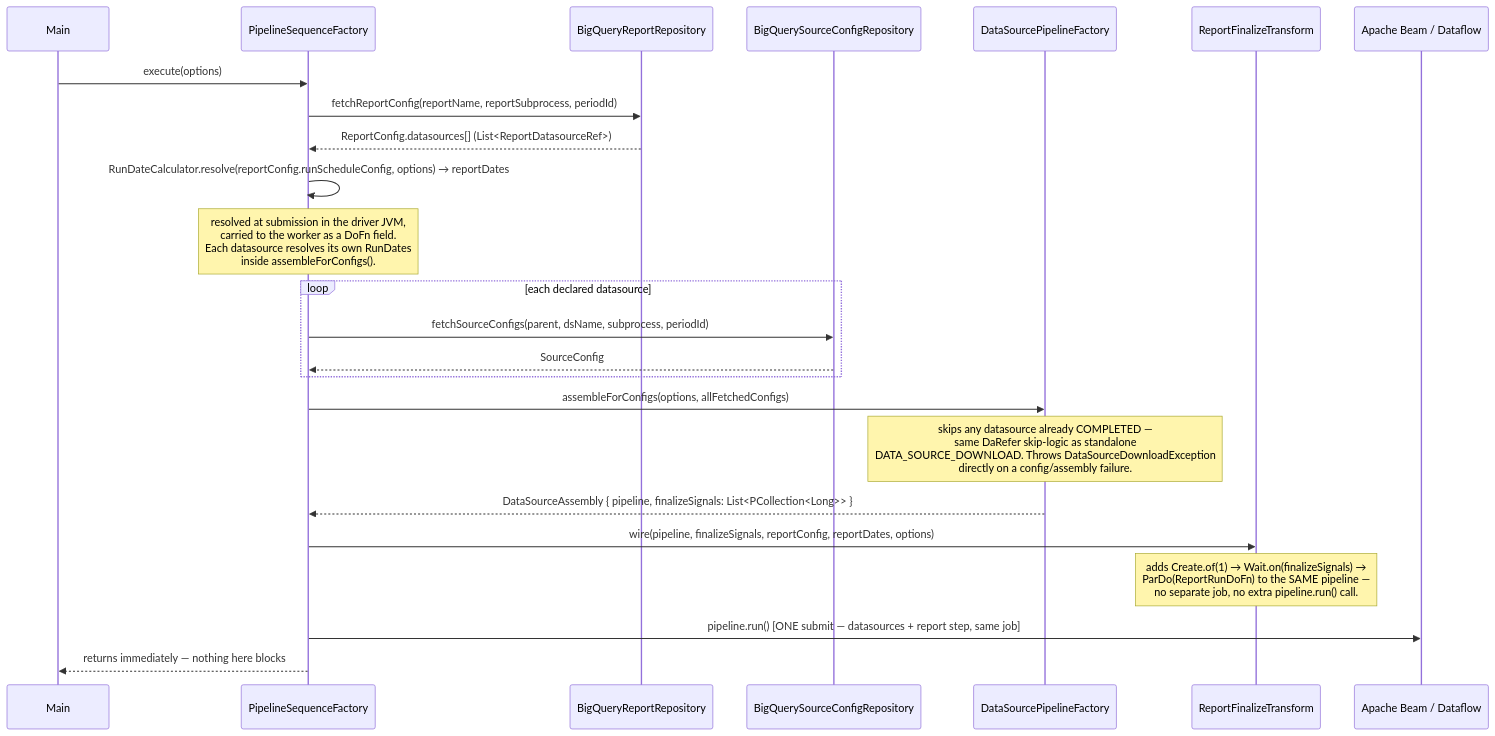
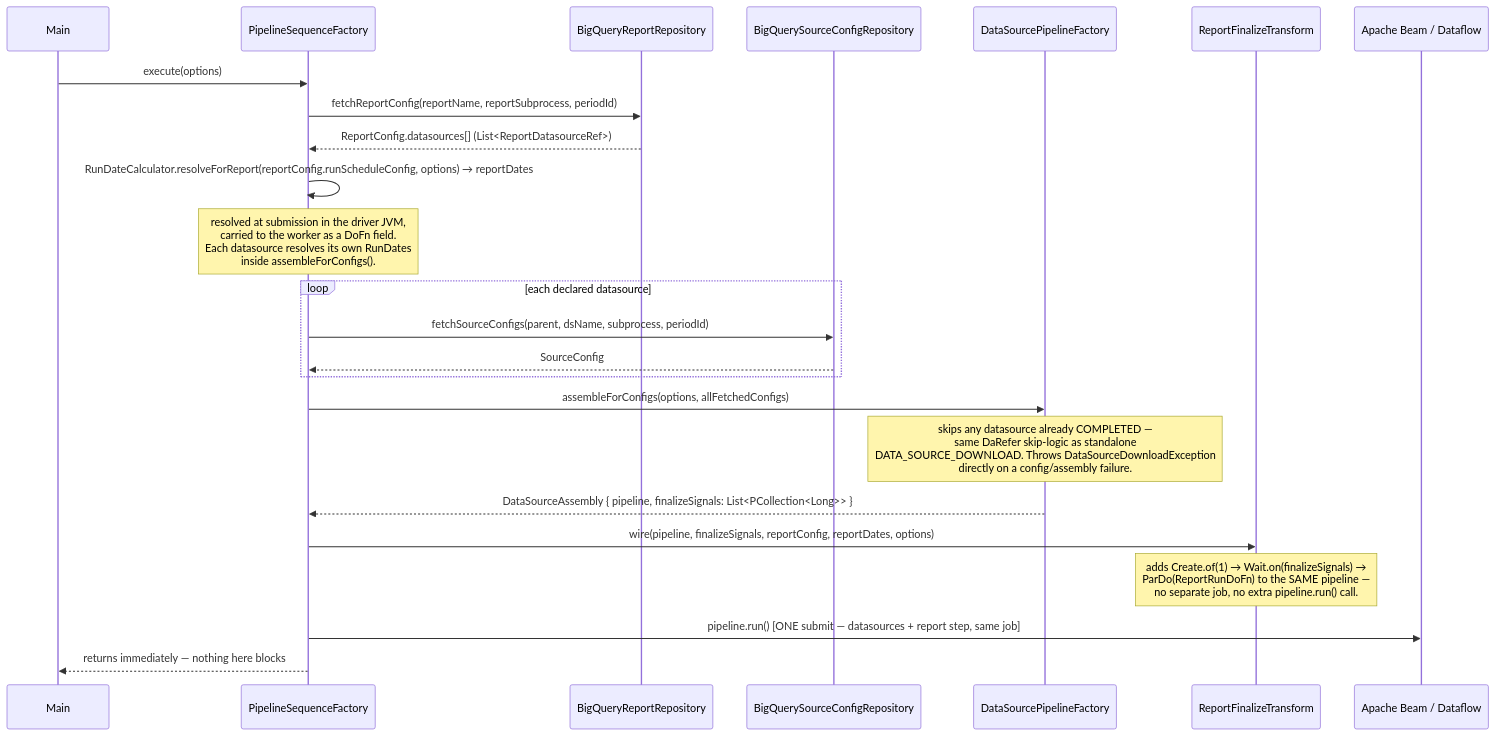
Before and after one commit to tushark-16bit/beam_framework: diagram 15 of 17 in WALKTHROUGH.md, drawn with Mermaid. The commit also changed other lines of this file and 12 other files, not shown here.

First line of the commit message:
Add freqRunDay/maxFreqRunDay run-window skip and report calculateLastPeriod

````diff
--- a/WALKTHROUGH.md
+++ b/WALKTHROUGH.md
@@ -927,31 +927,31 @@
 ```mermaid
 sequenceDiagram
     participant Main
     participant PSF as PipelineSequenceFactory
     participant RR as BigQueryReportRepository
     participant SCR as BigQuerySourceConfigRepository
     participant DSF as DataSourcePipelineFactory
     participant RFT as ReportFinalizeTransform
     participant Beam as Apache Beam / Dataflow
 
     Main->>PSF: execute(options)
     PSF->>RR: fetchReportConfig(reportName, reportSubprocess, periodId)
     RR-->>PSF: ReportConfig.datasources[] (List<ReportDatasourceRef>)
-    PSF->>PSF: RunDateCalculator.resolve(reportConfig.runScheduleConfig, options) → reportDates
+    PSF->>PSF: RunDateCalculator.resolveForReport(reportConfig.runScheduleConfig, options) → reportDates
     Note over PSF: resolved at submission in the driver JVM,<br/>carried to the worker as a DoFn field.<br/>Each datasource resolves its own RunDates<br/>inside assembleForConfigs().
 
     loop each declared datasource
         PSF->>SCR: fetchSourceConfigs(parent, dsName, subprocess, periodId)
         SCR-->>PSF: SourceConfig
     end
 
     PSF->>DSF: assembleForConfigs(options, allFetchedConfigs)
     Note over DSF: skips any datasource already COMPLETED —<br/>same DaRefer skip-logic as standalone<br/>DATA_SOURCE_DOWNLOAD. Throws DataSourceDownloadException<br/>directly on a config/assembly failure.
     DSF-->>PSF: DataSourceAssembly { pipeline, finalizeSignals: List<PCollection<Long>> }
 
     PSF->>RFT: wire(pipeline, finalizeSignals, reportConfig, reportDates, options)
     Note over RFT: adds Create.of(1) → Wait.on(finalizeSignals) →<br/>ParDo(ReportRunDoFn) to the SAME pipeline —<br/>no separate job, no extra pipeline.run() call.
 
     PSF->>Beam: pipeline.run()   [ONE submit — datasources + report step, same job]
     PSF-->>Main: returns immediately — nothing here blocks
 ```
````
